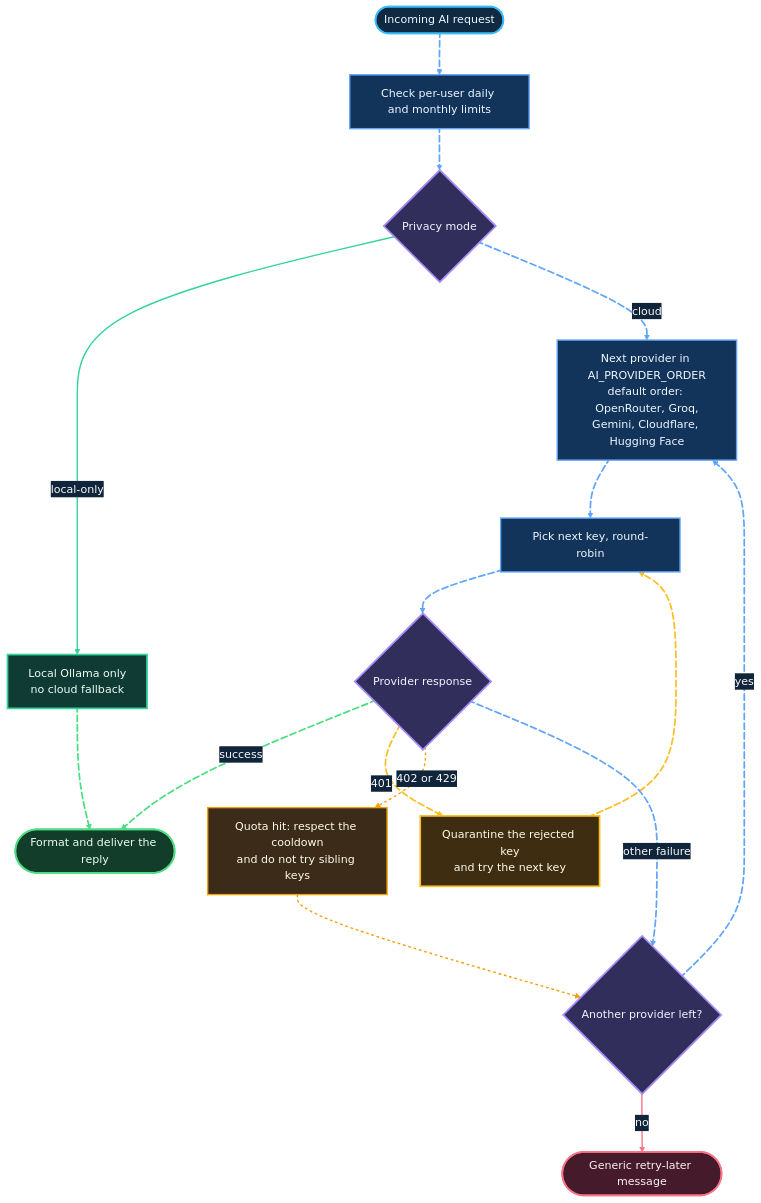
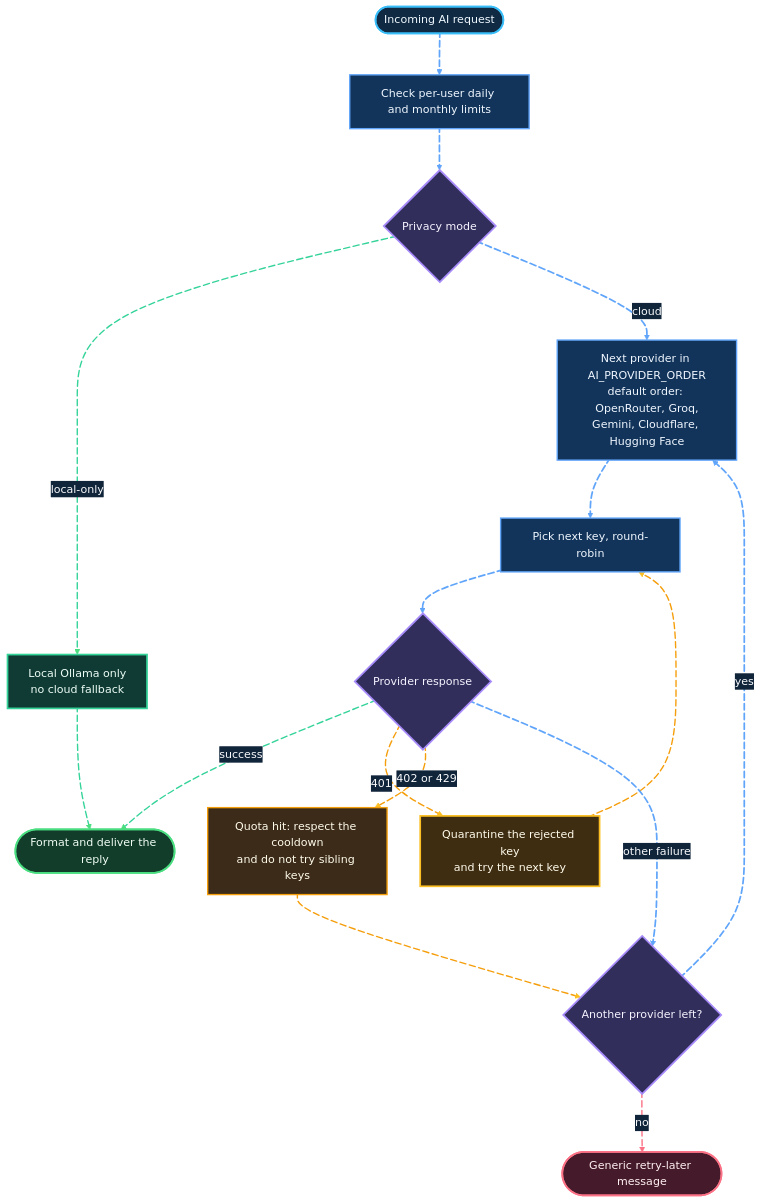
Before and after one commit to shajeduzzamanenan992008inc/Telegram-Bot: the first of 5 diagrams in README.md, drawn with Mermaid. The commit also changed other lines of this file and 1 other file, not shown here.

````diff
--- a/README.md
+++ b/README.md
@@ -255,65 +255,74 @@
 ```mermaid
 %%{init: {"theme":"base","themeVariables":{"background":"#07111F","primaryColor":"#142C46","primaryTextColor":"#F8FAFC","primaryBorderColor":"#38BDF8","lineColor":"#60A5FA","secondaryColor":"#172554","tertiaryColor":"#0F172A","clusterBkg":"#0B1B31","clusterBorder":"#64748B","edgeLabelBackground":"#10243A","fontFamily":"Inter, Segoe UI, Arial, sans-serif"},"flowchart":{"curve":"basis","htmlLabels":true,"nodeSpacing":48,"rankSpacing":60}}}%%
 flowchart TD
     S(["Incoming AI request"])
     S e01@--> L["Check per-user daily and monthly limits"]
     L e02@--> M{"Privacy mode"}
     M e03@-->|"local-only"| OL["Local Ollama only<br/>no cloud fallback"]
     M e04@-->|"cloud"| P["Next provider in AI_PROVIDER_ORDER<br/>default order: OpenRouter, Groq,<br/>Gemini, Cloudflare, Hugging Face"]
     P e05@--> K["Pick next key, round-robin"]
     K e06@--> R{"Provider response"}
     R e07@-->|"success"| OK(["Format and deliver the reply"])
     R e08@-->|"401"| Q["Quarantine the rejected key<br/>and try the next key"]
     Q e09@--> K
     R e10@-->|"402 or 429"| CD["Quota hit: respect the cooldown<br/>and do not try sibling keys"]
     CD e11@--> N{"Another provider left?"}
     R e12@-->|"other failure"| N
     N e13@-->|"yes"| P
     N e14@-->|"no"| ERR(["Generic retry-later message"])
     OL e15@--> OK
+    class e03 flowGreen
+    class e10 flowAmber
+    class e11 flowAmber
+    class e14 flowRed
+
 
     classDef entry fill:#102A43,stroke:#38BDF8,stroke-width:2.5px,color:#F0F9FF
     classDef process fill:#12345A,stroke:#60A5FA,stroke-width:2px,color:#EFF6FF
     classDef decision fill:#312E5B,stroke:#A78BFA,stroke-width:2.5px,color:#F5F3FF
     classDef local fill:#103B35,stroke:#34D399,stroke-width:2.5px,color:#ECFDF5
     classDef success fill:#123D2B,stroke:#4ADE80,stroke-width:2.5px,color:#F0FDF4
     classDef retry fill:#3F2D12,stroke:#FBBF24,stroke-width:2.5px,color:#FFFBEB
     classDef cooldown fill:#3B2B18,stroke:#F59E0B,stroke-width:2px,color:#FFFBEB
     classDef error fill:#451A2A,stroke:#FB7185,stroke-width:2.5px,color:#FFF1F2
 
     class S entry
     class L,P,K process
     class M,R,N decision
     class OL local
     class OK success
     class Q retry
     class CD cooldown
     class ERR error
 
     class e01,e02,e04,e05,e06,e12,e13 flowBlue
     class e07,e15 flowGreen
     class e08,e09 flowAmber
-    class e10,e11 flowStaticAmber
-    class e03 flowStaticGreen
-    class e14 flowStaticRed
+    class e10,e11 flowAmber
+    class e03 flowGreen
+    class e14 flowRed
 
     classDef flowBlue stroke:#60A5FA,stroke-width:2.5px,stroke-dasharray:9\,5
     classDef flowGreen stroke:#4ADE80,stroke-width:2.5px,stroke-dasharray:9\,5
     classDef flowAmber stroke:#FBBF24,stroke-width:2.5px,stroke-dasharray:8\,5
-    classDef flowStaticAmber stroke:#F59E0B,stroke-width:2px,stroke-dasharray:4\,4
-    classDef flowStaticGreen stroke:#34D399,stroke-width:2px
-    classDef flowStaticRed stroke:#FB7185,stroke-width:2px
+    classDef flowAmber stroke:#F59E0B,stroke-width:2px,stroke-dasharray:4\,4
+    classDef flowGreen stroke:#34D399,stroke-width:2px
+    classDef flowRed stroke:#FB7185,stroke-width:2px
 
     e01@{ animation: fast }
     e02@{ animation: fast }
     e04@{ animation: fast }
     e05@{ animation: fast }
     e06@{ animation: fast }
     e07@{ animation: fast }
     e08@{ animation: fast }
     e09@{ animation: fast }
     e12@{ animation: slow }
     e13@{ animation: fast }
     e15@{ animation: slow }
 
+    e03@{ animation: slow }
+    e10@{ animation: slow }
+    e11@{ animation: slow }
+    e14@{ animation: slow }
 ```
````
